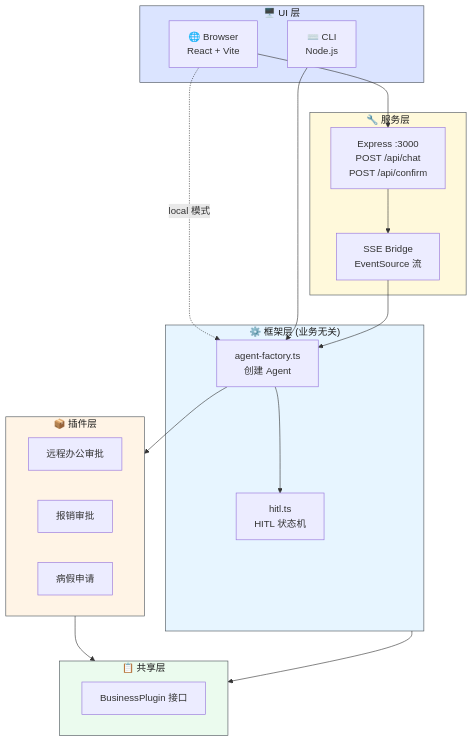
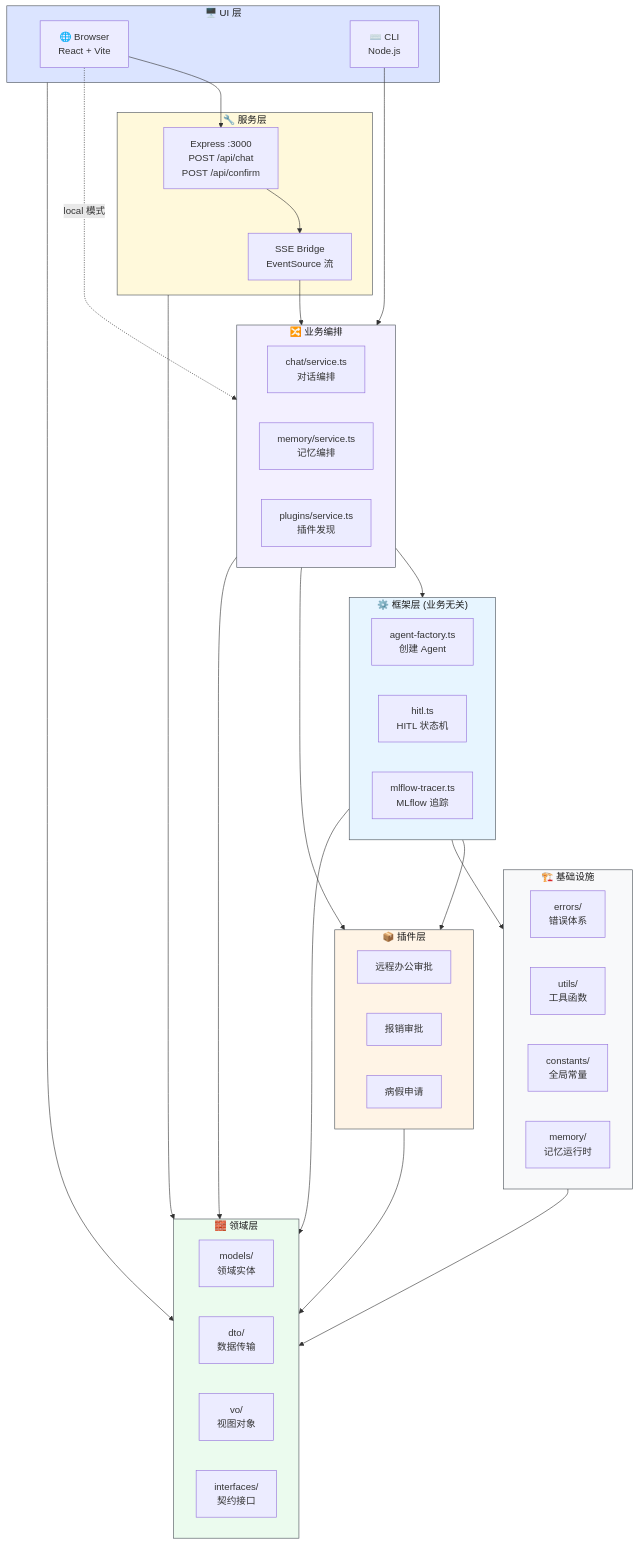
One commit to yjzaaa/leave-approval-agent changed the first of 7 diagrams in CLAUDE.md. Above: the diagram before and after it, drawn with Mermaid. The commit also changed other lines of this file and 25 other files, not shown here.

First line of the commit message:
refactor: 八层架构重构 — agent 子目录化 + domain/infrastructure/services 层

````diff
--- a/CLAUDE.md
+++ b/CLAUDE.md
@@ -19,43 +22,68 @@
 ```mermaid
 graph TB
     subgraph UI["🖥️ UI 层"]
         Browser["🌐 Browser<br/>React + Vite"]
         CLI["⌨️ CLI<br/>Node.js"]
     end
 
     subgraph Server["🔧 服务层"]
         API["Express :3000<br/>POST /api/chat<br/>POST /api/confirm"]
         SSE["SSE Bridge<br/>EventSource 流"]
     end
 
+    subgraph Services["🔀 业务编排"]
+        ChatSvc["chat/service.ts<br/>对话编排"]
+        MemSvc["memory/service.ts<br/>记忆编排"]
+        PluginSvc["plugins/service.ts<br/>插件发现"]
+    end
+
     subgraph Agent["⚙️ 框架层 (业务无关)"]
         Factory["agent-factory.ts<br/>创建 Agent"]
-        Confirm["hitl.ts<br/>HITL 状态机"]
+        HitlMgr["hitl.ts<br/>HITL 状态机"]
+        Tracer["mlflow-tracer.ts<br/>MLflow 追踪"]
     end
 
     subgraph Plugins["📦 插件层"]
         Leave["远程办公审批"]
         Expense["报销审批"]
         Sick["病假申请"]
     end
 
-    subgraph Shared["📋 共享层"]
-        Interface["BusinessPlugin 接口"]
+    subgraph Domain["🧱 领域层"]
+        Models["models/<br/>领域实体"]
+        DTOs["dto/<br/>数据传输"]
+        VOs["vo/<br/>视图对象"]
+        Interfaces["interfaces/<br/>契约接口"]
+    end
+
+    subgraph Infra["🏗️ 基础设施"]
+        Errors["errors/<br/>错误体系"]
+        Utils["utils/<br/>工具函数"]
+        Constants["constants/<br/>全局常量"]
+        MemoryRT["memory/<br/>记忆运行时"]
     end
 
     Browser --> API
-    Browser -.->|"local 模式"| Factory
-    CLI --> Factory
+    Browser -.->|"local 模式"| Services
+    CLI --> Services
     API --> SSE
-    SSE --> Factory
-    Factory --> Confirm
-    Factory --> Plugins
-    Plugins --> Shared
-    Agent --> Shared
+    SSE --> Services
+    Services --> Agent
+    Services --> Plugins
+    Agent --> Plugins
+    Agent --> Infra
+    Plugins --> Domain
+    Services --> Domain
+    Server --> Domain
+    UI --> Domain
+    Agent --> Domain
+    Infra --> Domain
 
     style UI fill:#dbe4ff,stroke:#495057,color:#1a1a1a
     style Server fill:#fff9db,stroke:#495057,color:#1a1a1a
+    style Services fill:#f3f0ff,stroke:#495057,color:#1a1a1a
     style Agent fill:#e7f5ff,stroke:#495057,color:#1a1a1a
     style Plugins fill:#fff4e6,stroke:#495057,color:#1a1a1a
-    style Shared fill:#ebfbee,stroke:#495057,color:#1a1a1a
+    style Domain fill:#ebfbee,stroke:#495057,color:#1a1a1a
+    style Infra fill:#f8f9fa,stroke:#495057,color:#1a1a1a
 ```
````
